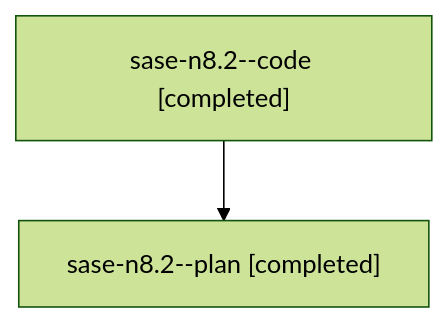
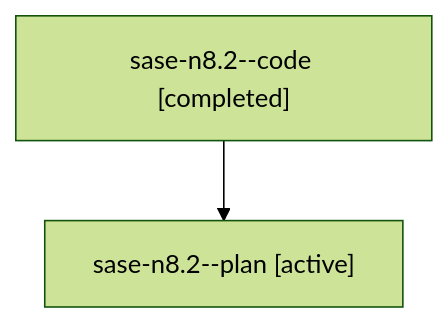
Before and after one commit to sase-org/sase--agents: the diagram in families/bbugyi200.athena.sase-n8.2.md, drawn with Mermaid (forest theme). The commit also changed other lines of this file and 35830 other files, not shown here.

````diff
--- a/families/bbugyi200.athena.sase-n8.2.md
+++ b/families/bbugyi200.athena.sase-n8.2.md
@@ -9,6 +9,6 @@
 ```mermaid
 flowchart TD
   n0["sase-n8.2--code [completed]"]
-  n1["sase-n8.2--plan [completed]"]
+  n1["sase-n8.2--plan [active]"]
   n0 --> n1
 ```
````
